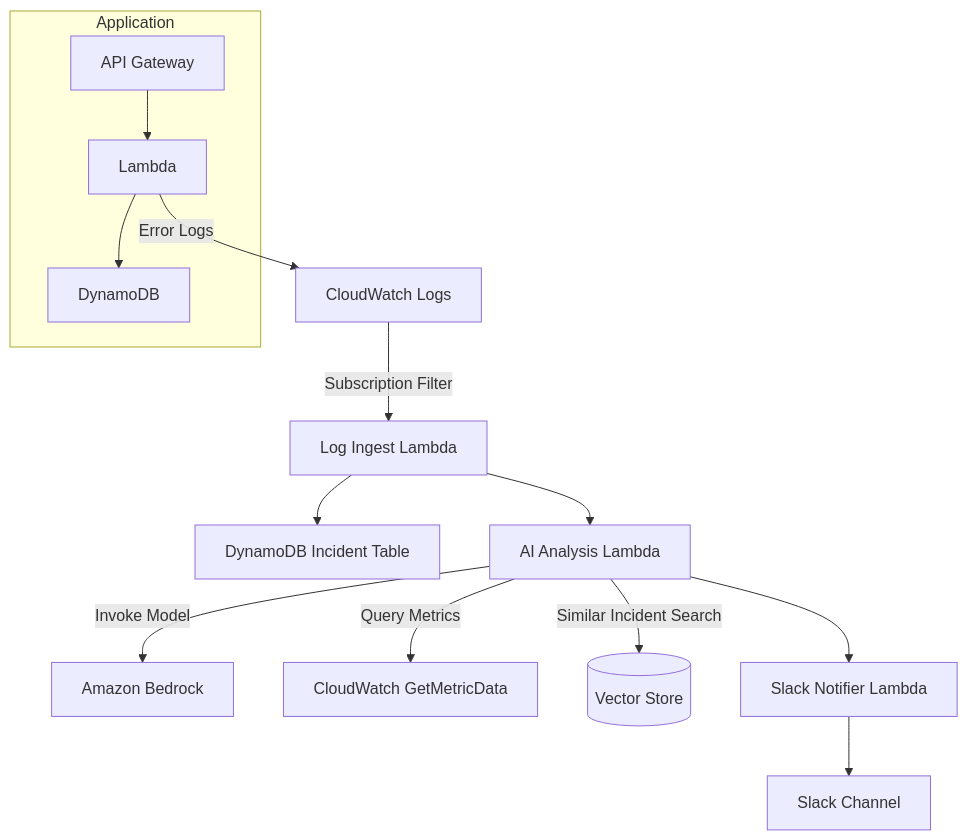
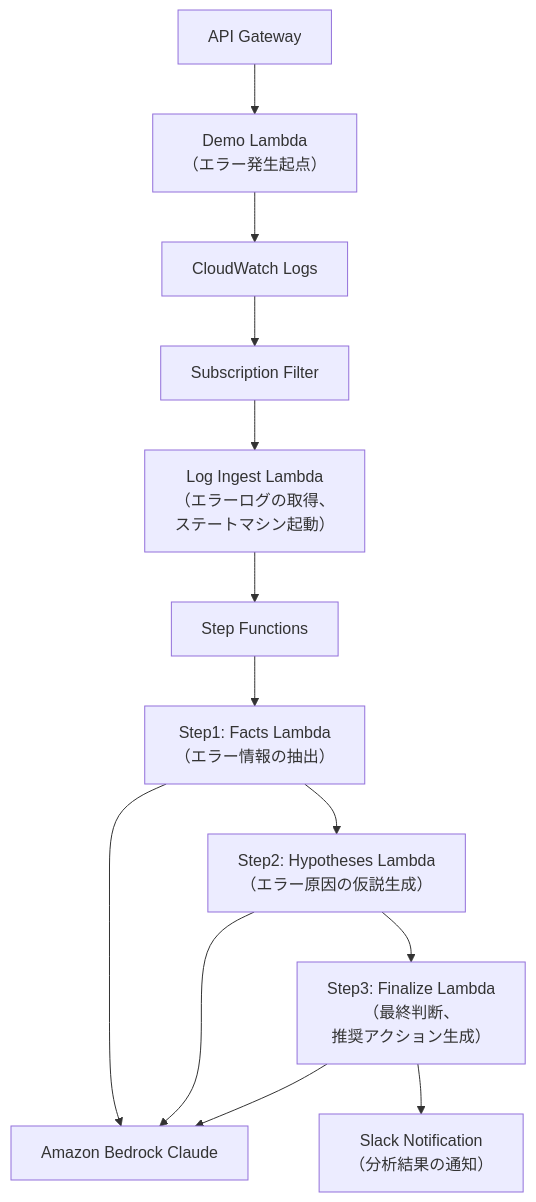
The first of 2 diagrams in README.md (Saxon-Pi/ai-sre-assistant), drawn with Mermaid before and after one commit. The commit also changed other lines of this file, not shown here.

````diff
--- a/README.md
+++ b/README.md
@@ -10,25 +40,22 @@
-```mermaid
+``` mermaid
 flowchart TD
 
-subgraph Application
-    APIGW[API Gateway]
-    LAMBDA[Lambda]
-    DDB[DynamoDB]
-end
+A[API Gateway] --> B[Demo Lambda <br> （エラー発生起点）]
 
-APIGW --> LAMBDA
-LAMBDA --> DDB
+B --> C[CloudWatch Logs]
 
-LAMBDA -->|Error Logs| CWL[CloudWatch Logs]
-CWL -->|Subscription Filter| LogsLambda[Log Ingest Lambda]
+C --> D[Subscription Filter]
 
-LogsLambda --> IncidentTable[DynamoDB Incident Table]
-LogsLambda --> AnalyzerLambda[AI Analysis Lambda]
+D --> E[Log Ingest Lambda <br>（エラーログの取得、<br>ステートマシン起動）]
 
-AnalyzerLambda -->|Invoke Model| Bedrock[Amazon Bedrock]
-AnalyzerLambda -->|Query Metrics| CloudWatchMetrics[CloudWatch GetMetricData]
-AnalyzerLambda -->|Similar Incident Search| OpenSearch[(Vector Store)]
+E --> F[Step Functions]
 
-AnalyzerLambda --> SlackNotifier[Slack Notifier Lambda]
-SlackNotifier --> Slack[Slack Channel]
+F --> G[Step1: Facts Lambda <br> （エラー情報の抽出）]
+G --> H[Step2: Hypotheses Lambda <br> （エラー原因の仮説生成）]
+H --> I[Step3: Finalize Lambda <br> （最終判断、<br>推奨アクション生成）]
+
+G --> J[Amazon Bedrock Claude]
+H --> J
+I --> J
+I --> K[Slack Notification <br> （分析結果の通知）]
 ```
````
